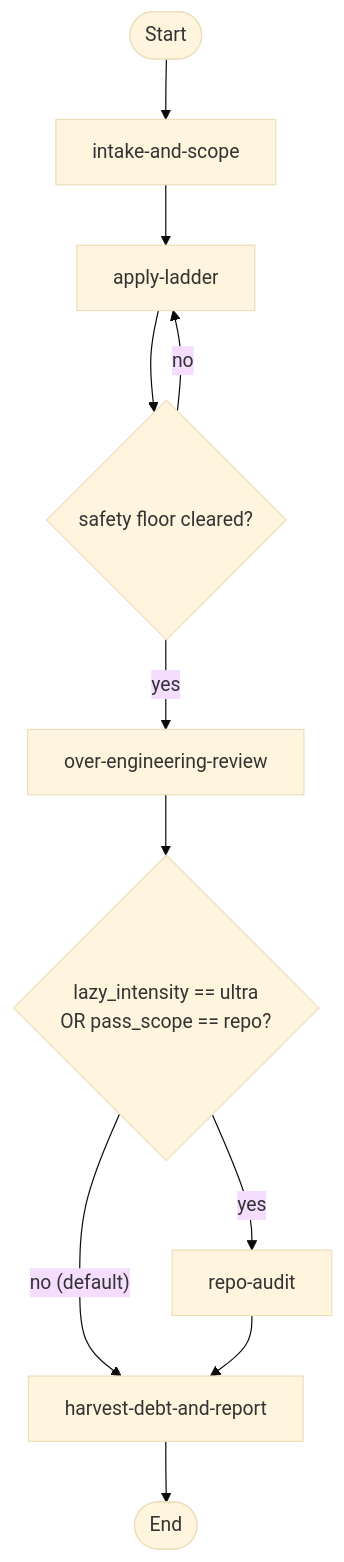
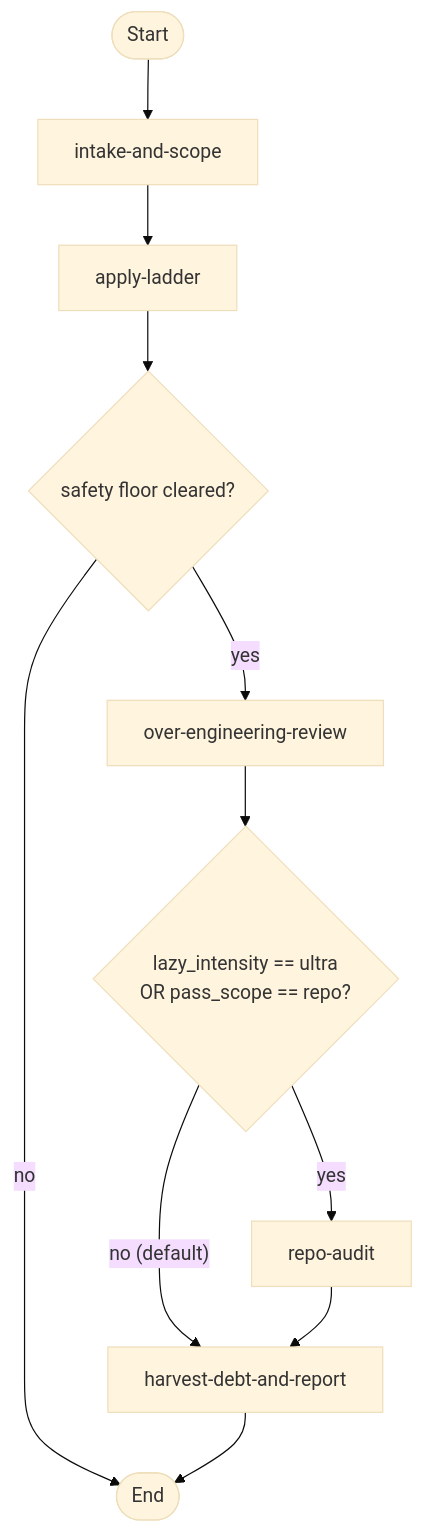
Before and after one commit to m2ux/workflow-server: the diagram in corpus/ponytail/README.md, drawn with Mermaid (base theme). The commit also changed other lines of this file and 11 other files, not shown here.

````diff
--- a/corpus/ponytail/README.md
+++ b/corpus/ponytail/README.md
@@ -33,13 +30,13 @@
 ```mermaid
 graph TD
     Start([Start]) --> IS["intake-and-scope"]
     IS --> AL["apply-ladder"]
     AL --> SF{"safety floor cleared?"}
-    SF -->|"no"| AL
+    SF -->|"no"| Done
     SF -->|"yes"| OER["over-engineering-review"]
     OER --> GATE{"lazy_intensity == ultra<br/>OR pass_scope == repo?"}
     GATE -->|"yes"| RA["repo-audit"]
     GATE -->|"no (default)"| HDR["harvest-debt-and-report"]
     RA --> HDR
     HDR --> Done([End])
 ```
````
